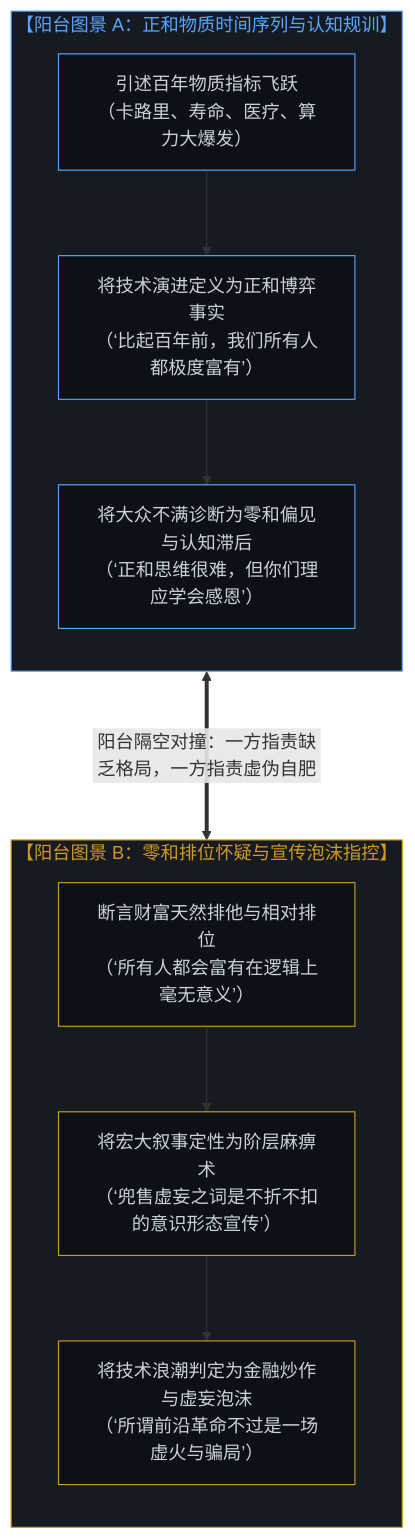
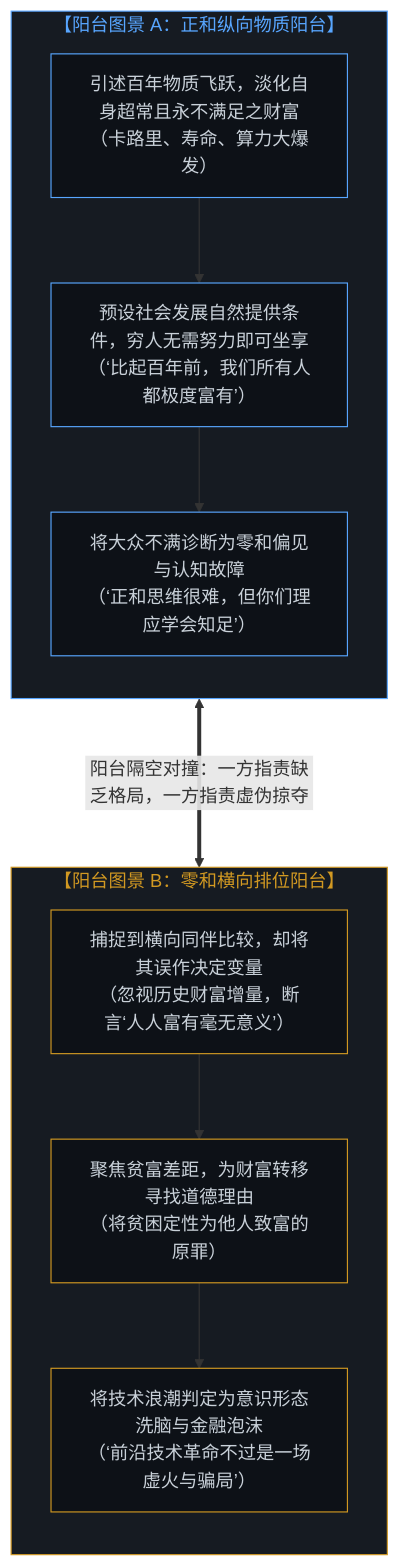
Before and after one commit to powerpig99/not-a-toe: the first of 8 diagrams in content/posts/the-balcony-disciplinary-overstep-and-the-unproxyable-act.md, drawn with Mermaid. The commit also changed other lines of this file and 3 other files, not shown here.

````diff
--- a/content/posts/the-balcony-disciplinary-overstep-and-the-unproxyable-act.md
+++ b/content/posts/the-balcony-disciplinary-overstep-and-the-unproxyable-act.md
@@ -19,29 +21,29 @@
 ```mermaid
 graph TD
-    subgraph Balcony_A["【阳台图景 A：正和物质时间序列与认知规训】"]
+    subgraph Balcony_A["【阳台图景 A：正和纵向物质阳台】"]
         direction TB
-        A1["引述百年物质指标飞跃<br/>（卡路里、寿命、医疗、算力大爆发）"]
-        A2["将技术演进定义为正和博弈事实<br/>（‘比起百年前，我们所有人都极度富有’）"]
-        A3["将大众不满诊断为零和偏见与认知滞后<br/>（‘正和思维很难，但你们理应学会感恩’）"]
+        A1["引述百年物质飞跃，淡化自身超常且永不满足之财富<br/>（卡路里、寿命、算力大爆发）"]
+        A2["预设社会发展自然提供条件，穷人无需努力即可坐享<br/>（‘比起百年前，我们所有人都极度富有’）"]
+        A3["将大众不满诊断为零和偏见与认知故障<br/>（‘正和思维很难，但你们理应学会知足’）"]
         A1 --> A2 --> A3
     end
 
-    subgraph Balcony_B["【阳台图景 B：零和排位怀疑与宣传泡沫指控】"]
+    subgraph Balcony_B["【阳台图景 B：零和横向排位阳台】"]
         direction TB
-        B1["断言财富天然排他与相对排位<br/>（‘所有人都会富有在逻辑上毫无意义’）"]
-        B2["将宏大叙事定性为阶层麻痹术<br/>（‘兜售虚妄之词是不折不扣的意识形态宣传’）"]
-        B3["将技术浪潮判定为金融炒作与虚妄泡沫<br/>（‘所谓前沿革命不过是一场虚火与骗局’）"]
+        B1["捕捉到横向同伴比较，却将其误作决定变量<br/>（忽视历史财富增量，断言‘人人富有毫无意义’）"]
+        B2["聚焦贫富差距，为财富转移寻找道德理由<br/>（将贫困定性为他人致富的原罪）"]
+        B3["将技术浪潮判定为意识形态洗脑与金融泡沫<br/>（‘前沿技术革命不过是一场虚火与骗局’）"]
         B1 --> B2 --> B3
     end
 
-    Balcony_A <===>|"阳台隔空对撞：一方指责缺乏格局，一方指责虚伪自肥"| Balcony_B
+    Balcony_A <===>|"阳台隔空对撞：一方指责缺乏格局，一方指责虚伪掠夺"| Balcony_B
 
     style Balcony_A fill:#161b22,stroke:#58a6ff,stroke-width:1px,color:#58a6ff
     style Balcony_B fill:#161b22,stroke:#d29922,stroke-width:1px,color:#d29922
     style A1 fill:#0d1117,stroke:#58a6ff,stroke-width:1px,color:#c9d1d9
     style A2 fill:#0d1117,stroke:#58a6ff,stroke-width:1px,color:#c9d1d9
     style A3 fill:#0d1117,stroke:#58a6ff,stroke-width:1px,color:#c9d1d9
     style B1 fill:#0d1117,stroke:#d29922,stroke-width:1px,color:#c9d1d9
     style B2 fill:#0d1117,stroke:#d29922,stroke-width:1px,color:#c9d1d9
     style B3 fill:#0d1117,stroke:#d29922,stroke-width:1px,color:#c9d1d9
 ```
````
